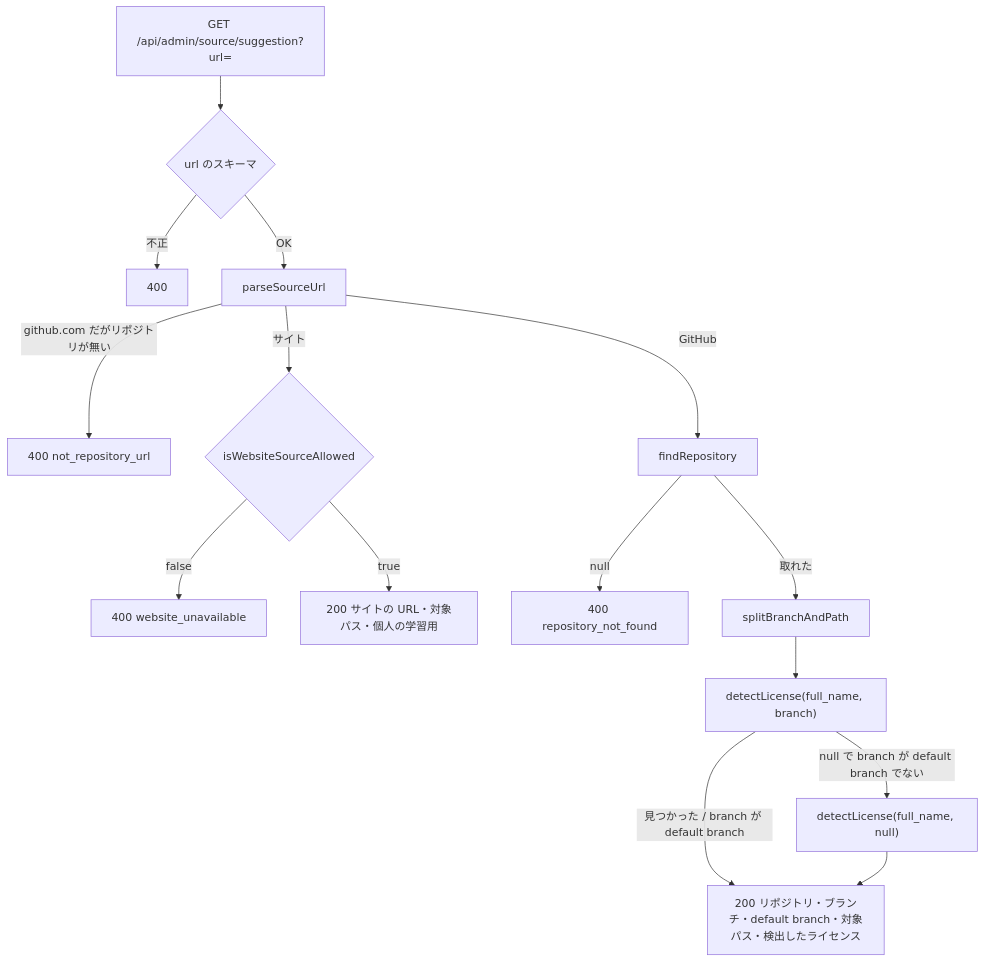
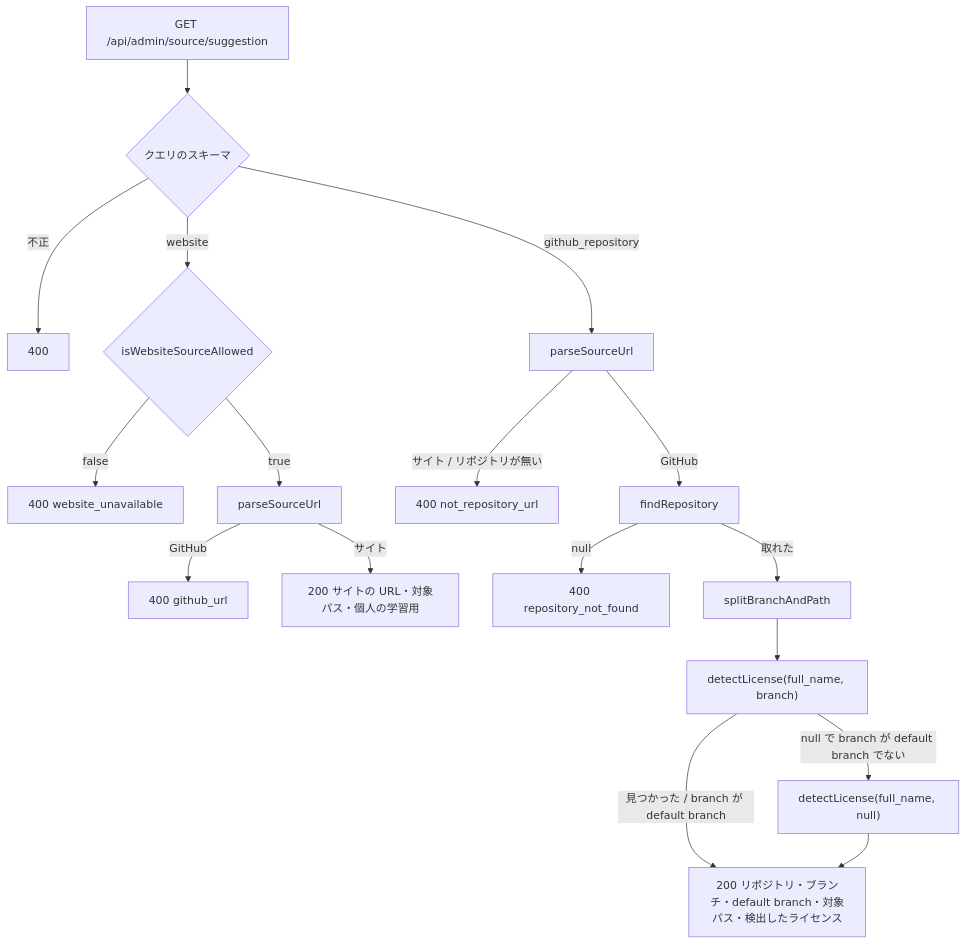
Before and after one commit to kentakki416/tech-english: the diagram in docs/spec/source-registration-by-url/tasks/step1-api-source-suggestion.md, drawn with Mermaid. The commit also changed other lines of this file and 3 other files, not shown here.

Commit message:
docs(spec): ソースの一覧と登録の画面を GitHub とサイトのボタンで分け、URL の読み込みに画面の取得方法を渡す形に直す（サイトの画面の GitHub の URL は github_url、リポジトリ名の形は domain に置く）

````diff
--- a/docs/spec/source-registration-by-url/tasks/step1-api-source-suggestion.md
+++ b/docs/spec/source-registration-by-url/tasks/step1-api-source-suggestion.md
@@ -55,17 +57,19 @@
 ```mermaid
 flowchart TD
-    A[GET /api/admin/source/suggestion?url=] --> B{url のスキーマ}
+    A[GET /api/admin/source/suggestion] --> B{クエリのスキーマ}
     B -- 不正 --> E400[400]
-    B -- OK --> C[parseSourceUrl]
-    C -- github.com だがリポジトリが無い --> N1[400 not_repository_url]
-    C -- サイト --> W{isWebsiteSourceAllowed}
+    B -- website --> W{isWebsiteSourceAllowed}
     W -- false --> N2[400 website_unavailable]
-    W -- true --> WS[200 サイトの URL・対象パス・個人の学習用]
+    W -- true --> WP[parseSourceUrl]
+    WP -- GitHub --> N4[400 github_url]
+    WP -- サイト --> WS[200 サイトの URL・対象パス・個人の学習用]
+    B -- github_repository --> C[parseSourceUrl]
+    C -- サイト / リポジトリが無い --> N1[400 not_repository_url]
     C -- GitHub --> R[findRepository]
     R -- null --> N3[400 repository_not_found]
     R -- 取れた --> S[splitBranchAndPath]
     S --> L["detectLicense(full_name, branch)"]
     L -- 見つかった / branch が default branch --> GS[200 リポジトリ・ブランチ・default branch・対象パス・検出したライセンス]
     L -- null で branch が default branch でない --> LD["detectLicense(full_name, null)"]
     LD --> GS
 ```
````
